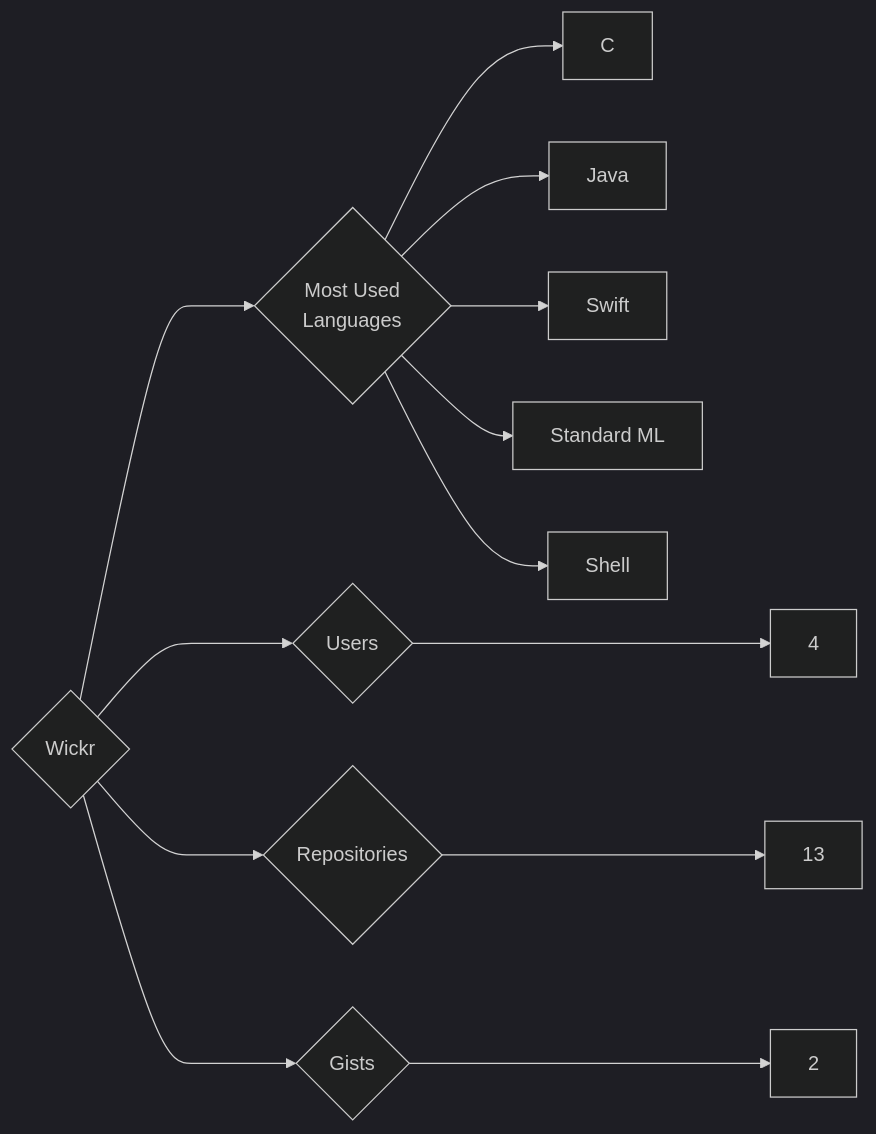
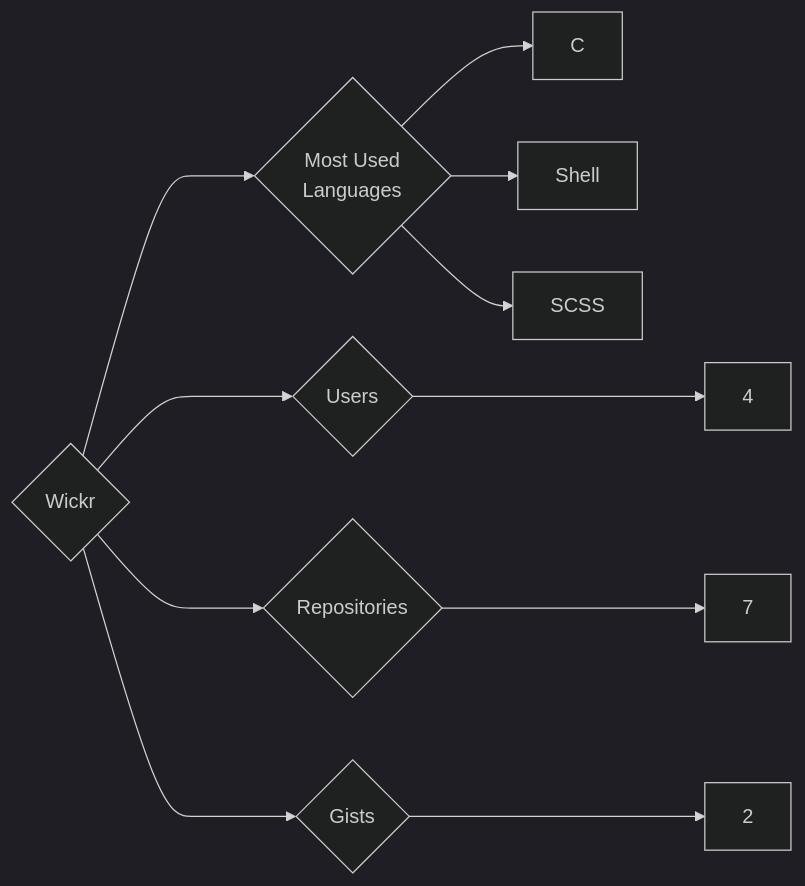
One commit to trickest/insiders changed the diagram in targets/Wickr/README.md. Above: the diagram before and after it, drawn with Mermaid (dark theme). The commit also changed 1484 other files, not shown here.

````diff
--- a/targets/Wickr/README.md
+++ b/targets/Wickr/README.md
@@ -3,13 +3,11 @@
 ```mermaid
 graph LR
 COMPANY_NAME{Wickr}
 COMPANY_NAME ---> U{Users} ---> UN[4]
-COMPANY_NAME ---> R{Repositories} ---> RN[13]
+COMPANY_NAME ---> R{Repositories} ---> RN[7]
 COMPANY_NAME ---> G{Gists} ---> GN[2]
 COMPANY_NAME ---> ML{Most Used<br>Languages}
 ML --> C[C]
-ML --> Java[Java]
-ML --> Swift[Swift]
-ML --> Standard_ML[Standard ML]
 ML --> Shell[Shell]
+ML --> SCSS[SCSS]
 ```
````
